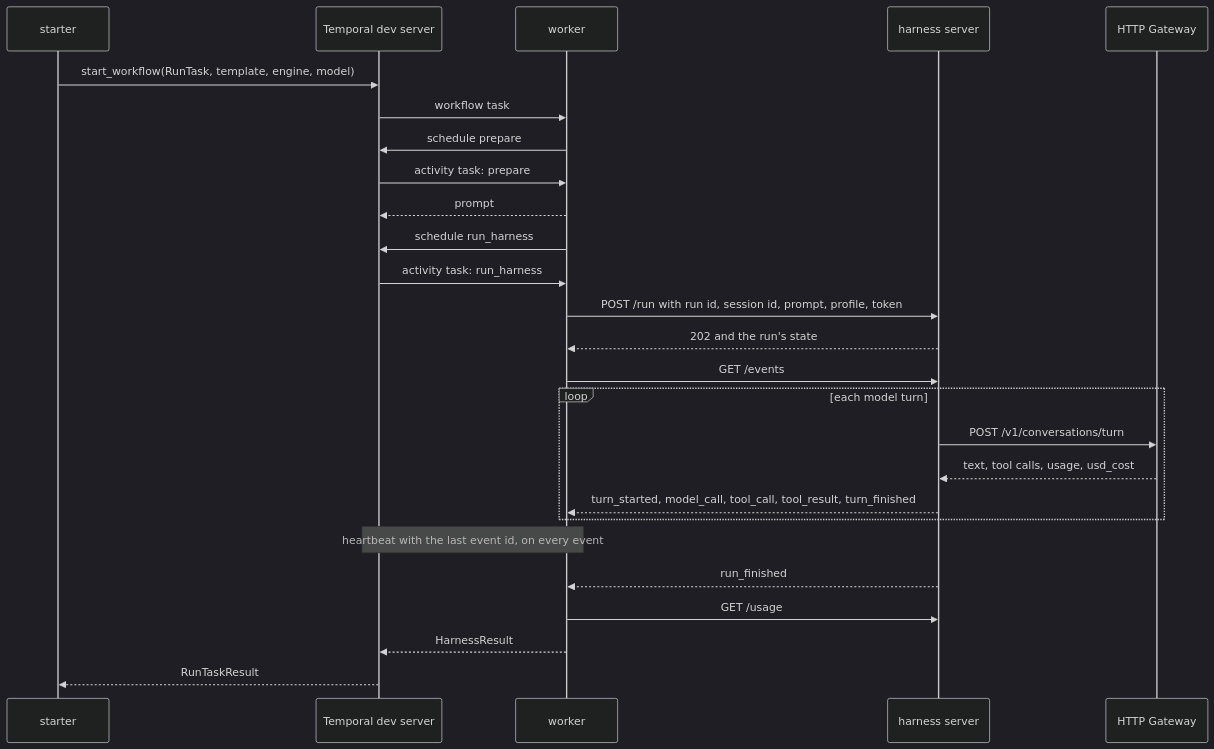
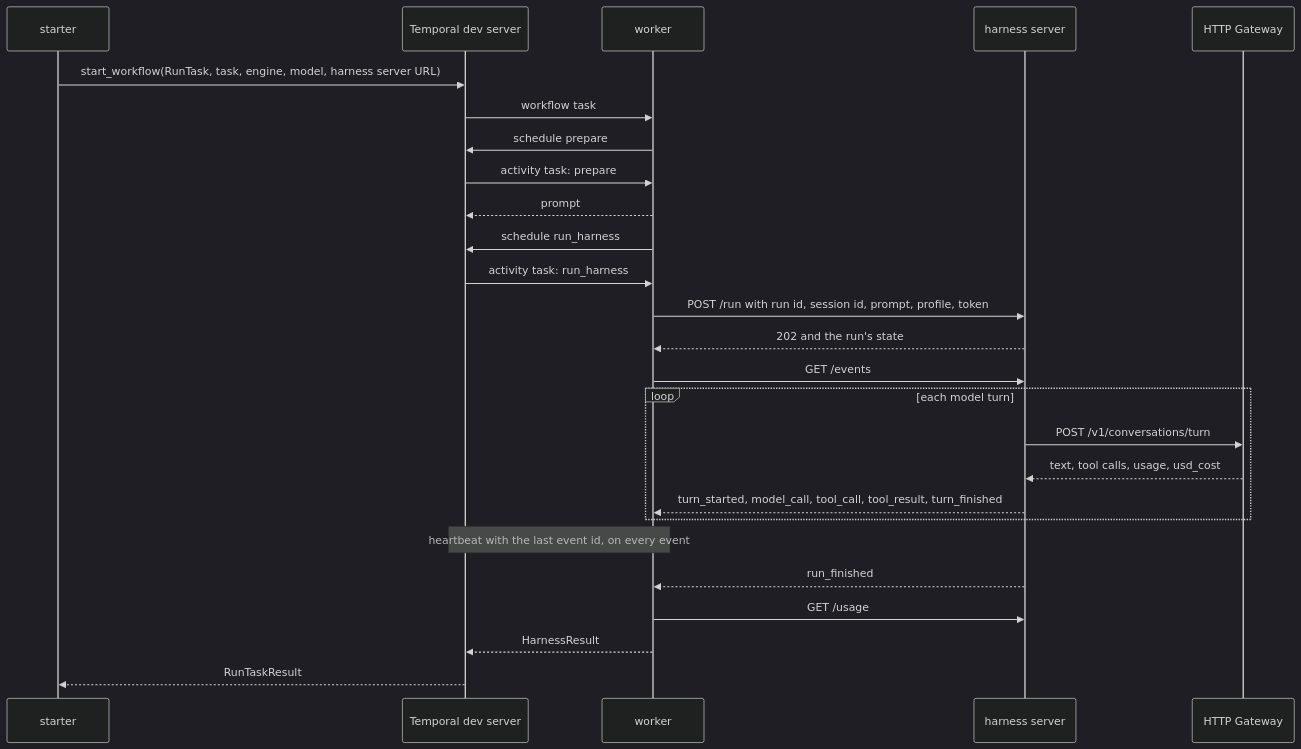
Before and after one commit to davecthomas/meta-harness: the diagram in samples/temporal-run-task/README.md, drawn with Mermaid (dark theme). The commit also changed other lines of this file and 9 other files, not shown here.

First line of the commit message:
samples/temporal-run-task: run your own tasks from the command line

````diff
--- a/samples/temporal-run-task/README.md
+++ b/samples/temporal-run-task/README.md
@@ -51,28 +70,28 @@
 ```mermaid
 sequenceDiagram
     participant S as starter
     participant T as Temporal dev server
     participant W as worker
     participant H as harness server
     participant G as HTTP Gateway
-    S->>T: start_workflow(RunTask, template, engine, model)
+    S->>T: start_workflow(RunTask, task, engine, model, harness server URL)
     T->>W: workflow task
     W->>T: schedule prepare
     T->>W: activity task: prepare
     W-->>T: prompt
     W->>T: schedule run_harness
     T->>W: activity task: run_harness
     W->>H: POST /run with run id, session id, prompt, profile, token
     H-->>W: 202 and the run's state
     W->>H: GET /events
     loop each model turn
         H->>G: POST /v1/conversations/turn
         G-->>H: text, tool calls, usage, usd_cost
         H-->>W: turn_started, model_call, tool_call, tool_result, turn_finished
     end
     Note over W,T: heartbeat with the last event id, on every event
     H-->>W: run_finished
     W->>H: GET /usage
     W-->>T: HarnessResult
     T-->>S: RunTaskResult
 ```
````
